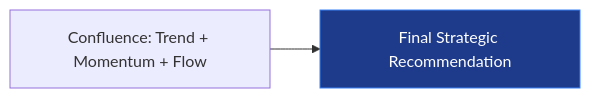
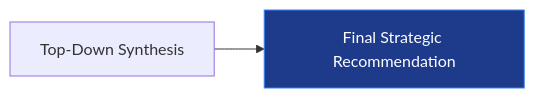
Before and after one commit to rightedges/stockintelligence: the fifth of 5 diagrams in docs/market_intelligence.md, drawn with Mermaid. The commit also changed other lines of this file and 1 other file, not shown here.

Commit message:
UI: Rearranged Market Intelligence sections to follow logical 6-layer flow

````diff
--- a/docs/market_intelligence.md
+++ b/docs/market_intelligence.md
@@ -112,5 +112,5 @@
 ```mermaid
 graph LR
-    Con["Confluence: Trend + Momentum + Flow"] --> Dec["Final Strategic Recommendation"]
+    Con["Top-Down Synthesis"] --> Dec["Final Strategic Recommendation"]
     style Dec fill:#1e3a8a,stroke:#3b82f6,color:#fff
 ```
````
